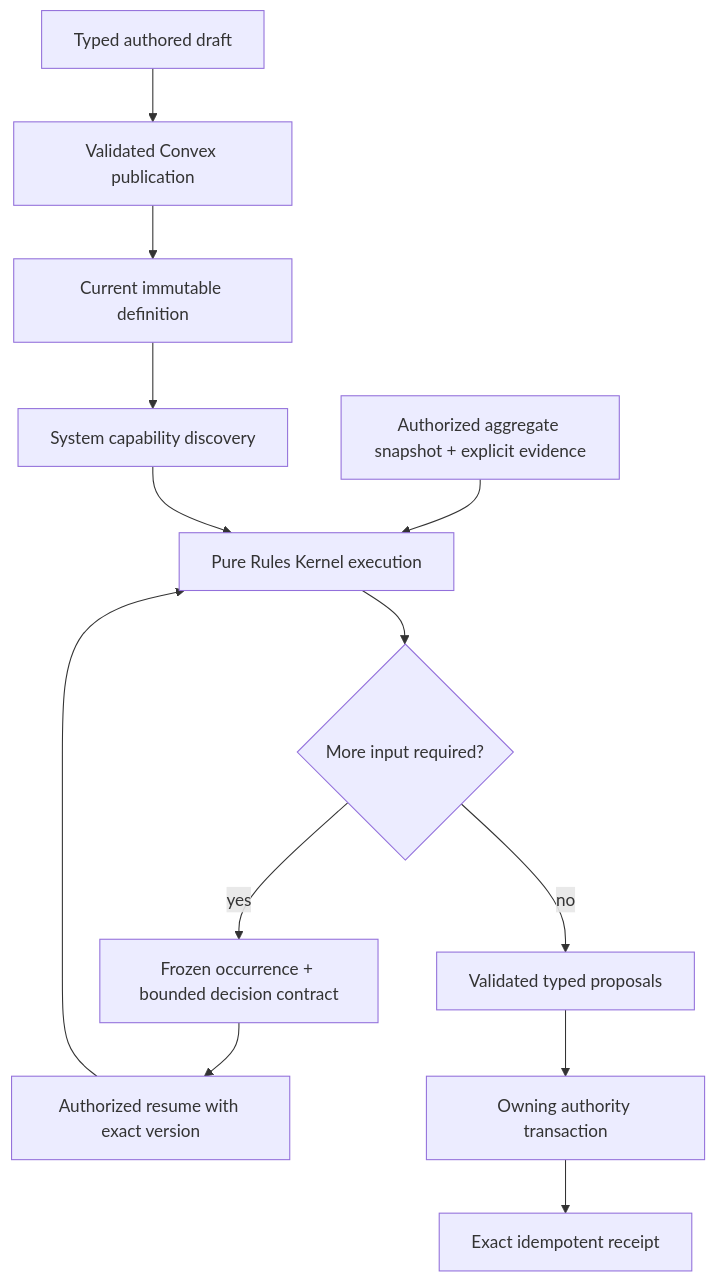
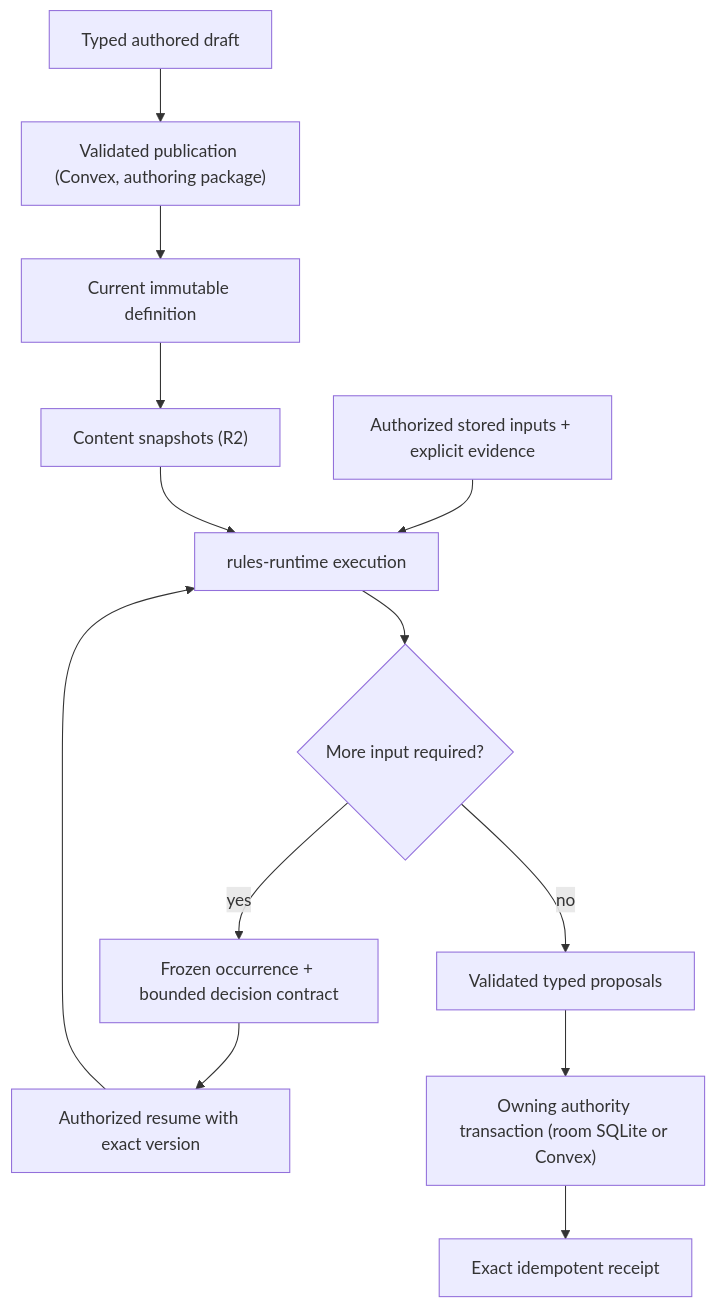
Before and after one commit to MPiland/artificer-toolkit: the diagram in docs/architecture/rules-runtime.md, drawn with Mermaid. The commit also changed other lines of this file and 13 other files, not shown here.

First line of the commit message:
Rewrite the live-session, persistence and rules-runtime guides for the room-authoritative system (VS-8)

````diff
--- a/docs/architecture/rules-runtime.md
+++ b/docs/architecture/rules-runtime.md
@@ -15,15 +18,15 @@
 ```mermaid
 flowchart TD
-  Draft["Typed authored draft"] --> Publish["Validated Convex publication"]
+  Draft["Typed authored draft"] --> Publish["Validated publication (Convex, authoring package)"]
   Publish --> Current["Current immutable definition"]
-  Current --> Discover["System capability discovery"]
-  Facts["Authorized aggregate snapshot + explicit evidence"] --> Execute["Pure Rules Kernel execution"]
-  Discover --> Execute
+  Current --> Snap["Content snapshots (R2)"]
+  Facts["Authorized stored inputs + explicit evidence"] --> Execute["rules-runtime execution"]
+  Snap --> Execute
   Execute --> Decision{"More input required?"}
   Decision -->|yes| Freeze["Frozen occurrence + bounded decision contract"]
   Freeze --> Resume["Authorized resume with exact version"]
   Resume --> Execute
   Decision -->|no| Proposal["Validated typed proposals"]
-  Proposal --> Commit["Owning authority transaction"]
+  Proposal --> Commit["Owning authority transaction (room SQLite or Convex)"]
   Commit --> Receipt["Exact idempotent receipt"]
 ```
````
